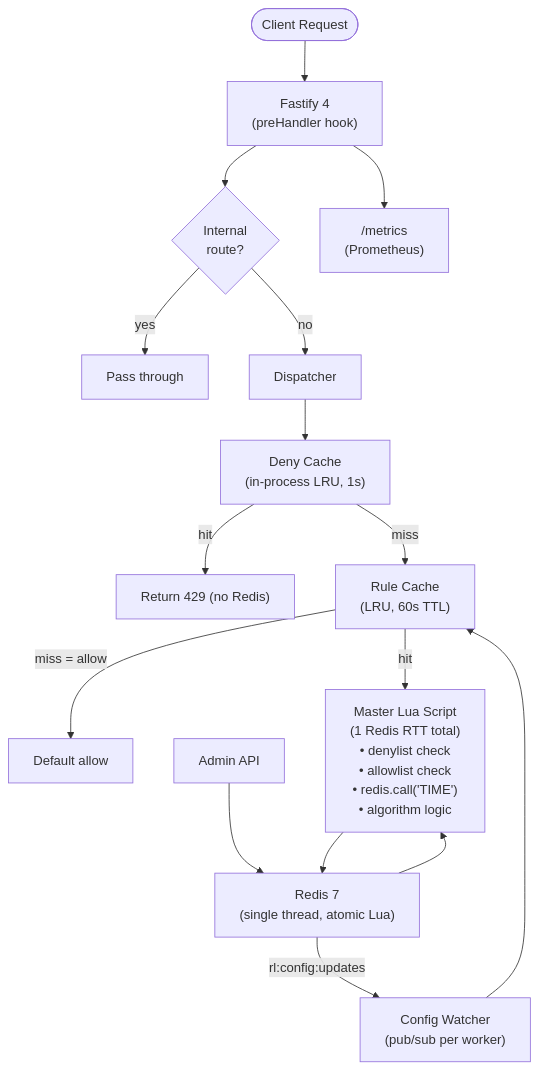
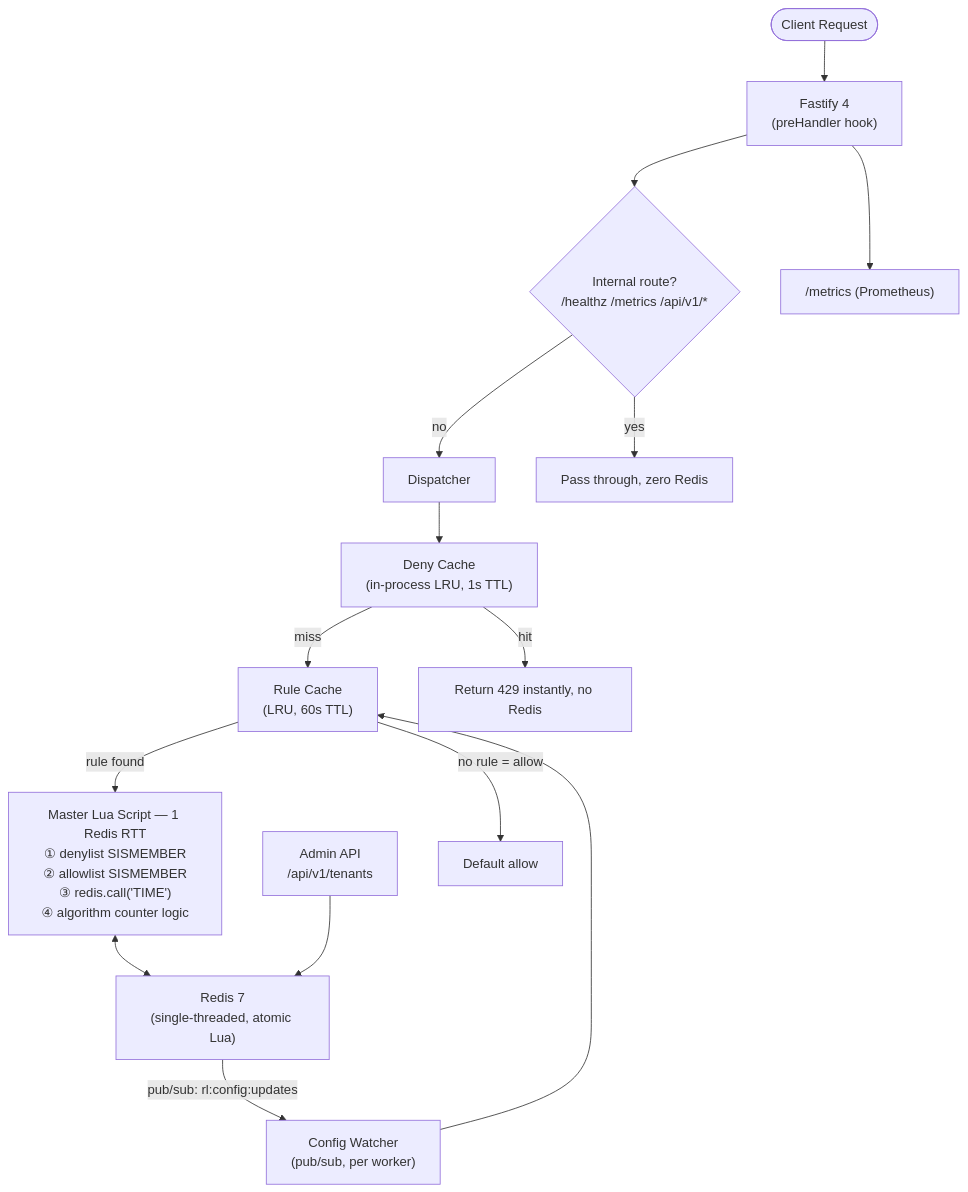
Before and after one commit to Manan-jn/rate-limiter: the fourth of 11 diagrams in README.md, drawn with Mermaid. The commit also changed other lines of this file, not shown here.

Commit message:
Restructure README with Mermaid charts and performance benchmarks

````diff
--- a/README.md
+++ b/README.md
@@ -72,30 +70,29 @@
 ```mermaid
 graph TD
     Client(["Client Request"])
     Fastify["Fastify 4\n(preHandler hook)"]
-    SkipCheck{"Internal\nroute?"}
+    SkipCheck{"Internal route?\n/healthz /metrics /api/v1/*"}
     Dispatcher["Dispatcher"]
-    DenyCache["Deny Cache\n(in-process LRU, 1s)"]
+    DenyCache["Deny Cache\n(in-process LRU, 1s TTL)"]
     RuleCache["Rule Cache\n(LRU, 60s TTL)"]
-    MasterLua["Master Lua Script\n(1 Redis RTT total)\n• denylist check\n• allowlist check\n• redis.call('TIME')\n• algorithm logic"]
-    Redis["Redis 7\n(single thread, atomic Lua)"]
-    Admin["Admin API"]
-    Watcher["Config Watcher\n(pub/sub per worker)"]
-    Metrics["/metrics\n(Prometheus)"]
+    MasterLua["Master Lua Script — 1 Redis RTT\n① denylist SISMEMBER\n② allowlist SISMEMBER\n③ redis.call('TIME')\n④ algorithm counter logic"]
+    Redis["Redis 7\n(single-threaded, atomic Lua)"]
+    Admin["Admin API\n/api/v1/tenants"]
+    Watcher["Config Watcher\n(pub/sub, per worker)"]
+    Metrics["/metrics (Prometheus)"]
 
     Client --> Fastify
     Fastify --> SkipCheck
-    SkipCheck -->|yes| Passthrough["Pass through"]
+    SkipCheck -->|yes| Passthrough["Pass through, zero Redis"]
     SkipCheck -->|no| Dispatcher
     Dispatcher --> DenyCache
-    DenyCache -->|hit| Return429["Return 429 (no Redis)"]
+    DenyCache -->|hit| Return429["Return 429 instantly, no Redis"]
     DenyCache -->|miss| RuleCache
-    RuleCache -->|miss = allow| PassAllow["Default allow"]
-    RuleCache -->|hit| MasterLua
-    MasterLua --> Redis
-    Redis --> MasterLua
+    RuleCache -->|no rule = allow| DefaultAllow["Default allow"]
+    RuleCache -->|rule found| MasterLua
+    MasterLua <--> Redis
     Admin --> Redis
-    Redis -->|"rl:config:updates"| Watcher
+    Redis -->|"pub/sub: rl:config:updates"| Watcher
     Watcher --> RuleCache
     Fastify --> Metrics
 ```
````
